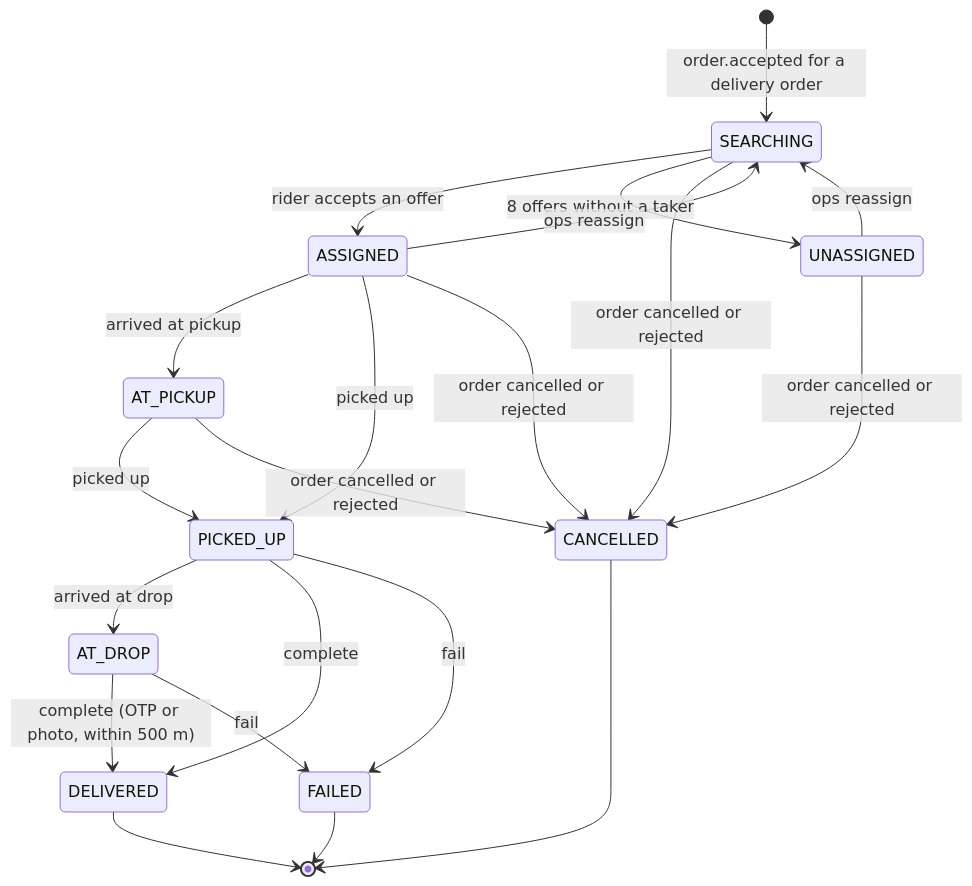
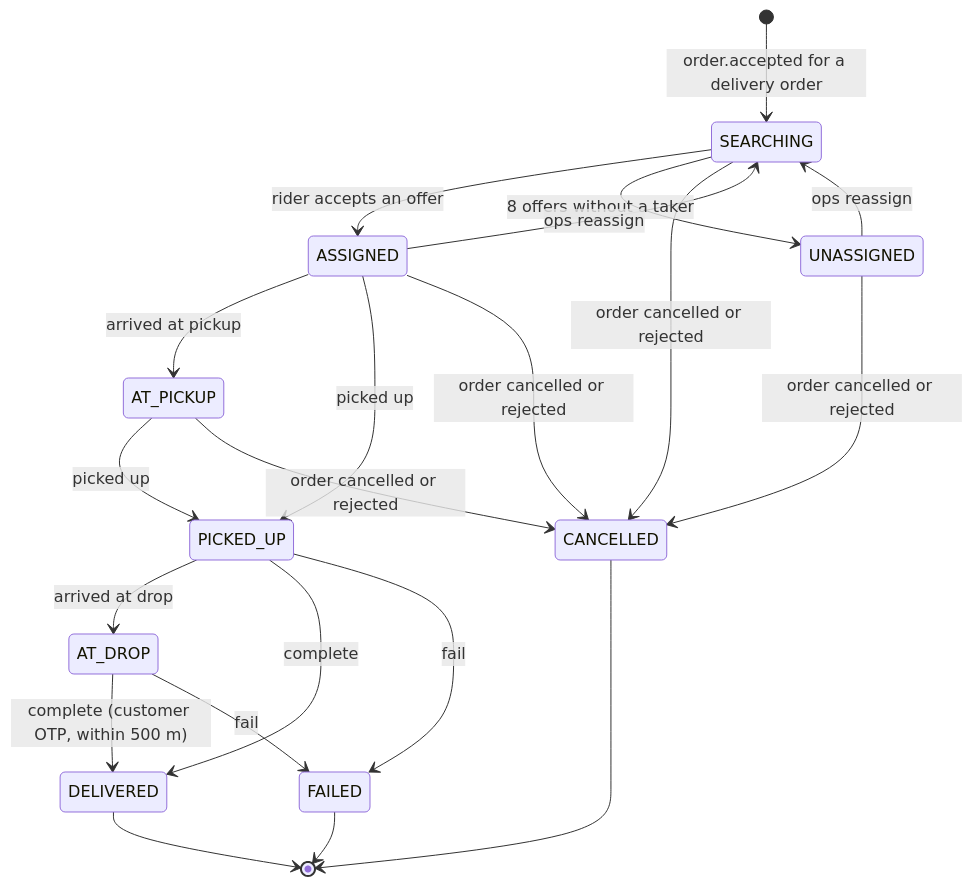
One commit to RAJIVJAZ/Alpha changed the fourth of 5 diagrams in docs/architecture.md. Above: the diagram before and after it, drawn with Mermaid. The commit also changed 1 other file, not shown here.

Commit message:
Review fix: give support steps for riders who cannot complete a delivery
Completion now always needs the customer's code and locks after five
wrong tries, and the rider apps tell the rider to call support, but the
runbook had no steps for support. Adds them (confirm with the customer,
clear the lock key, where to read the code), and fixes the delivery
state diagram that still said "OTP or photo".

Claude-Session: https://claude.ai/code/session_01JZMAqaBzhVNzNC1g44iJam

````diff
--- a/docs/architecture.md
+++ b/docs/architecture.md
@@ -232,23 +232,23 @@
 ```mermaid
 stateDiagram-v2
   [*] --> SEARCHING: order.accepted for a delivery order
   SEARCHING --> ASSIGNED: rider accepts an offer
   SEARCHING --> UNASSIGNED: 8 offers without a taker
   UNASSIGNED --> SEARCHING: ops reassign
   ASSIGNED --> SEARCHING: ops reassign
   ASSIGNED --> AT_PICKUP: arrived at pickup
   ASSIGNED --> PICKED_UP: picked up
   AT_PICKUP --> PICKED_UP: picked up
   PICKED_UP --> AT_DROP: arrived at drop
   PICKED_UP --> DELIVERED: complete
   PICKED_UP --> FAILED: fail
-  AT_DROP --> DELIVERED: complete (OTP or photo, within 500 m)
+  AT_DROP --> DELIVERED: complete (customer OTP, within 500 m)
   AT_DROP --> FAILED: fail
   SEARCHING --> CANCELLED: order cancelled or rejected
   UNASSIGNED --> CANCELLED: order cancelled or rejected
   ASSIGNED --> CANCELLED: order cancelled or rejected
   AT_PICKUP --> CANCELLED: order cancelled or rejected
   DELIVERED --> [*]
   FAILED --> [*]
   CANCELLED --> [*]
 ```
````
